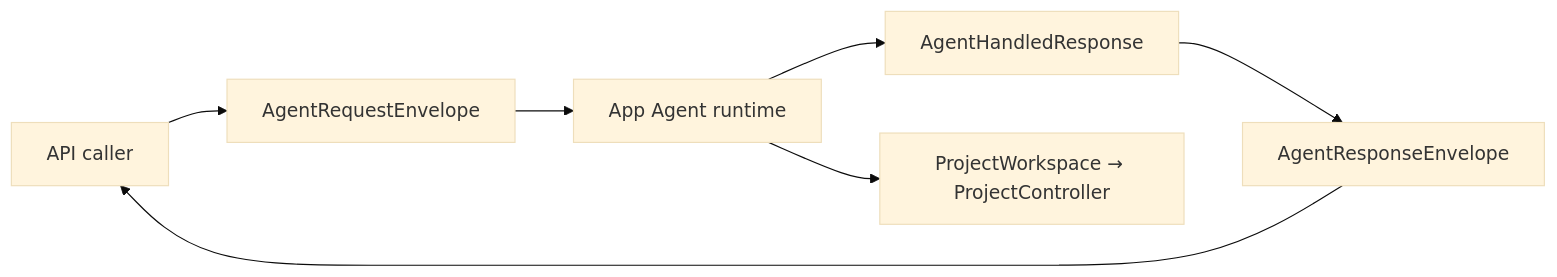
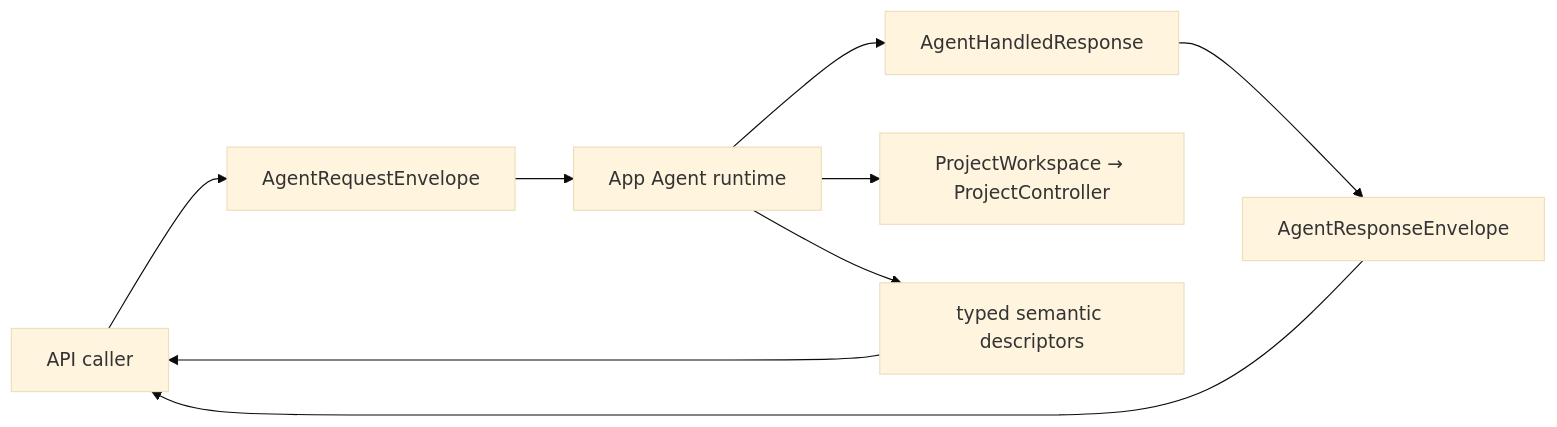
The first of 2 diagrams in RupaKit/Sources/RupaAgentProtocol/DESIGN.md (1amageek/Rupa), drawn with Mermaid (base theme) before and after one commit. The commit also changed other lines of this file and 28 other files, not shown here.

Commit message:
Expose typed semantic operation discovery

````diff
--- a/RupaKit/Sources/RupaAgentProtocol/DESIGN.md
+++ b/RupaKit/Sources/RupaAgentProtocol/DESIGN.md
@@ -34,9 +37,11 @@
 ```mermaid
 flowchart LR
     Caller["API caller"] --> Request["AgentRequestEnvelope"]
     Request --> Runtime["App Agent runtime"]
     Runtime --> Handled["AgentHandledResponse"]
     Handled --> Response["AgentResponseEnvelope"]
     Response --> Caller
     Runtime --> Project["ProjectWorkspace → ProjectController"]
+    Runtime --> Discovery["typed semantic descriptors"]
+    Discovery --> Caller
 ```
````
